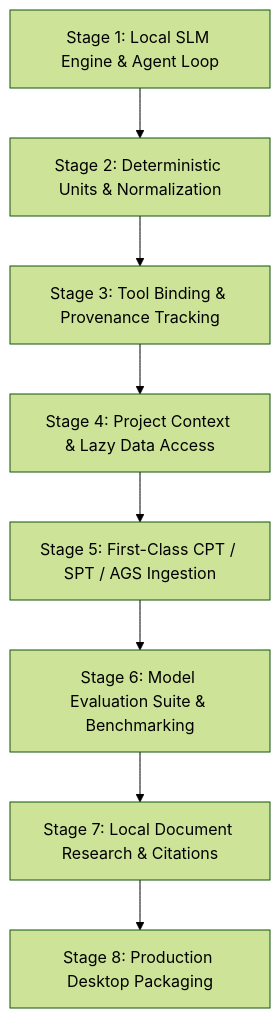
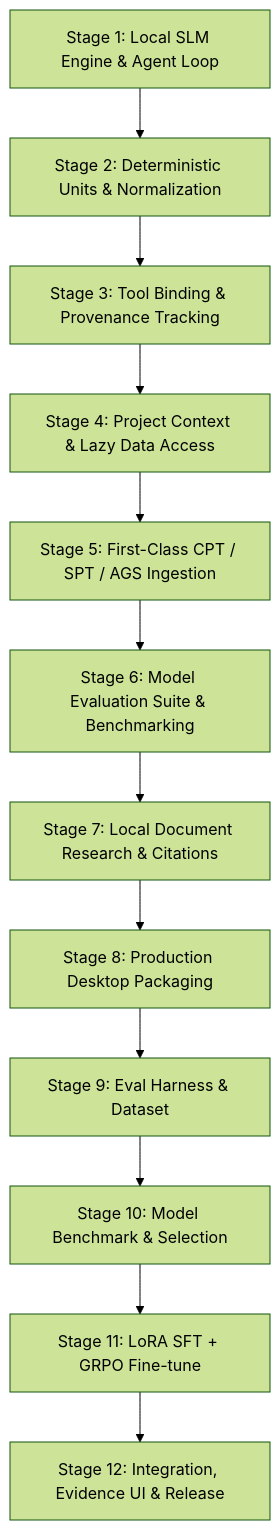
Before and after one commit to utkarsh-1912/geocore: the diagram in stage/plan.md, drawn with Mermaid (forest theme). The commit also changed other lines of this file and 15 other files, not shown here.

````diff
--- a/stage/plan.md
+++ b/stage/plan.md
@@ -53,10 +53,14 @@
 ```mermaid
 graph TD
     S1[Stage 1: Local SLM Engine & Agent Loop] --> S2[Stage 2: Deterministic Units & Normalization]
     S2 --> S3[Stage 3: Tool Binding & Provenance Tracking]
     S3 --> S4[Stage 4: Project Context & Lazy Data Access]
     S4 --> S5[Stage 5: First-Class CPT / SPT / AGS Ingestion]
     S5 --> S6[Stage 6: Model Evaluation Suite & Benchmarking]
     S6 --> S7[Stage 7: Local Document Research & Citations]
     S7 --> S8[Stage 8: Production Desktop Packaging]
+    S8 --> S9[Stage 9: Eval Harness & Dataset]
+    S9 --> S10[Stage 10: Model Benchmark & Selection]
+    S10 --> S11[Stage 11: LoRA SFT + GRPO Fine-tune]
+    S11 --> S12[Stage 12: Integration, Evidence UI & Release]
 ```
````
